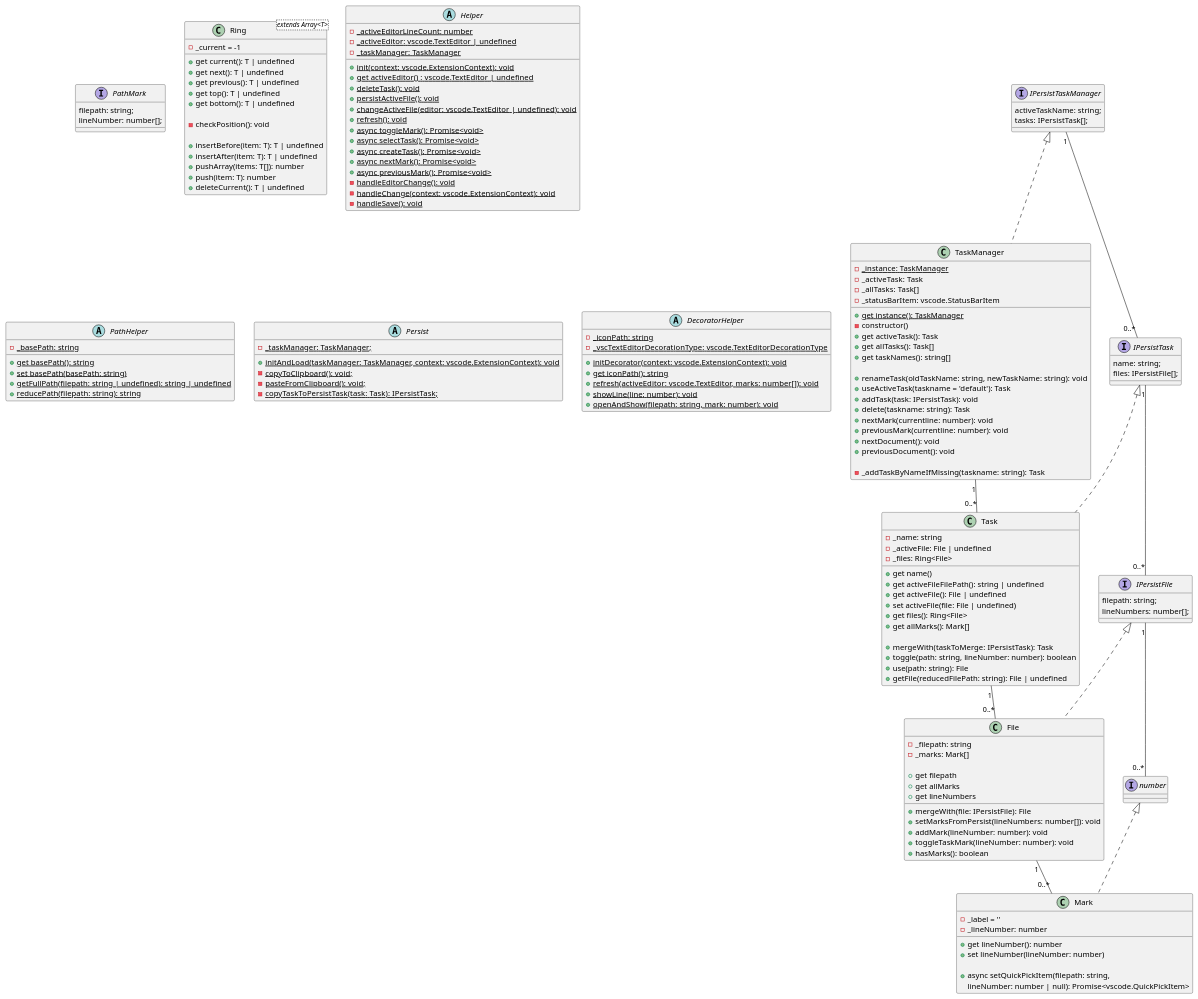
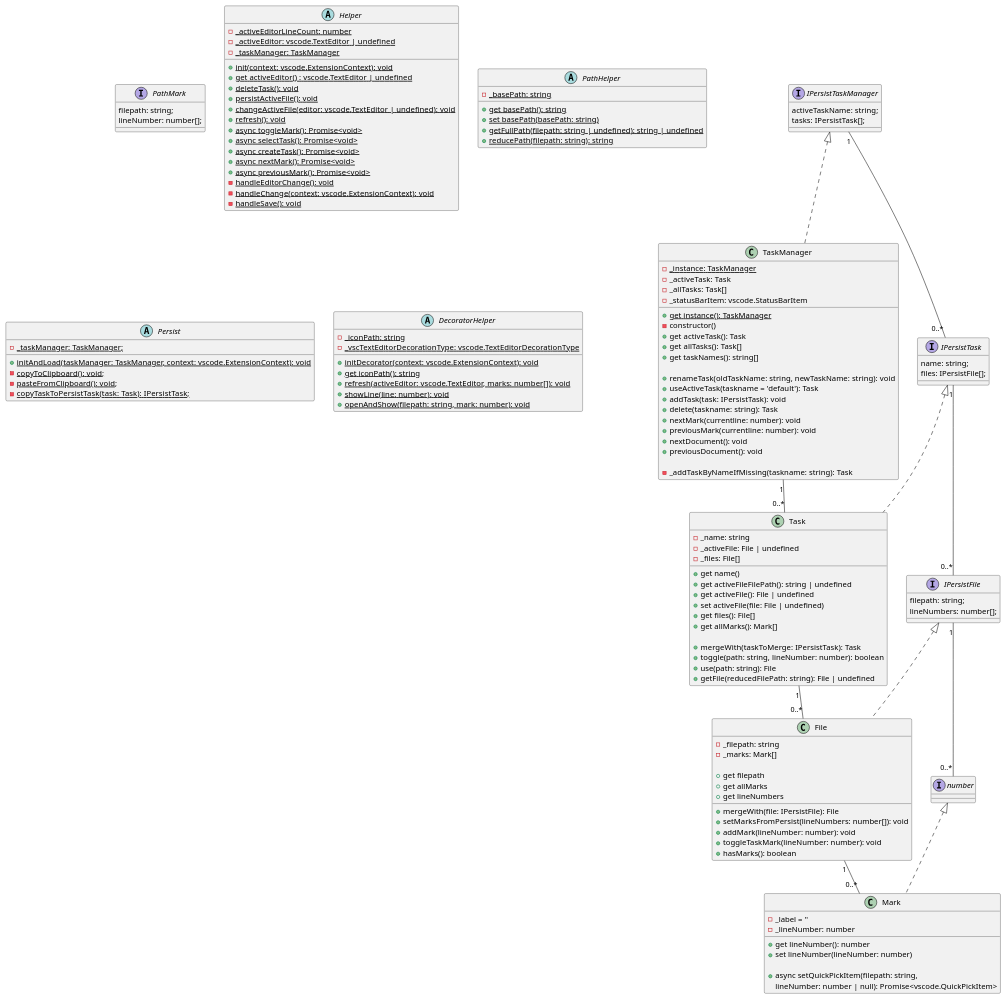
Before and after one commit to norbertK/taskmarks: the diagram in docu/inMemory.puml, drawn with PlantUML. The commit also changed 12 other files, not shown here.

```diff
--- a/docu/inMemory.puml
+++ b/docu/inMemory.puml
@@ -2,174 +2,154 @@
 @startuml
 
 class TaskManager {
     -{static}_instance: TaskManager
     +{static}get instance(): TaskManager
     -constructor()
     -_activeTask: Task
     -_allTasks: Task[]
     -_statusBarItem: vscode.StatusBarItem
 
     +get activeTask(): Task
     +get allTasks(): Task[]
     +get taskNames(): string[]
 
     +renameTask(oldTaskName: string, newTaskName: string): void 
     +useActiveTask(taskname = 'default'): Task
     +addTask(task: IPersistTask): void
     +delete(taskname: string): Task
     +nextMark(currentline: number): void
     +previousMark(currentline: number): void
     +nextDocument(): void
     +previousDocument(): void
 
     -_addTaskByNameIfMissing(taskname: string): Task
 }
 
 class Task {
  -_name: string
  -_activeFile: File | undefined
- -_files: Ring<File>
+ -_files: File[]
 
  +get name()
  +get activeFileFilePath(): string | undefined
  +get activeFile(): File | undefined
  +set activeFile(file: File | undefined)
- +get files(): Ring<File>
+ +get files(): File[]
  +get allMarks(): Mark[] 
 
  +mergeWith(taskToMerge: IPersistTask): Task
  +toggle(path: string, lineNumber: number): boolean
  +use(path: string): File
  +getFile(reducedFilePath: string): File | undefined
 }
 
 class File {
  -_filepath: string
  -_marks: Mark[]
 
  +get filepath
  +get allMarks
  +get lineNumbers
 
  +mergeWith(file: IPersistFile): File
  +setMarksFromPersist(lineNumbers: number[]): void
  +addMark(lineNumber: number): void
  +toggleTaskMark(lineNumber: number): void
  +hasMarks(): boolean
 }
 
 class Mark {
  -_label = ''
  -_lineNumber: number
 
  +get lineNumber(): number
  +set lineNumber(lineNumber: number)
 
  +async setQuickPickItem(filepath: string,
     lineNumber: number | null): Promise<vscode.QuickPickItem>
 }
 
 TaskManager "1" -- "0..*" Task
 Task "1" -- "0..*" File
 File "1" -- "0..*" Mark
 
 
 interface IPersistTaskManager {
   activeTaskName: string;
   tasks: IPersistTask[];
 }
 
 interface IPersistTask {
   name: string;
   files: IPersistFile[];
 }
 
 interface IPersistFile {
   filepath: string;
   lineNumbers: number[];
 }
 interface number {
 }
 
 interface PathMark {
   filepath: string;
   lineNumber: number[];
 }
 
 IPersistTaskManager "1" -- "0..*" IPersistTask
 IPersistTask "1" -- "0..*" IPersistFile
 IPersistFile "1" -- "0..*" number
 
 
 IPersistTaskManager <|.. TaskManager
 IPersistTask <|.. Task
 IPersistFile <|.. File
 number <|.. Mark
 
-class Ring<extends Array<T>> {
-    -_current = -1
-
-    +get current(): T | undefined
-    +get next(): T | undefined
-    +get previous(): T | undefined
-    +get top(): T | undefined
-    +get bottom(): T | undefined
-    
-    -checkPosition(): void
-
-    +insertBefore(item: T): T | undefined
-    +insertAfter(item: T): T | undefined
-    +pushArray(items: T[]): number
-    +push(item: T): number
-    +deleteCurrent(): T | undefined
-
-
-}
-
 abstract class Helper{
     -{static}_activeEditorLineCount: number
     -{static}_activeEditor: vscode.TextEditor | undefined
     -{static}_taskManager: TaskManager
     +{static}init(context: vscode.ExtensionContext): void
     +{static}get activeEditor() : vscode.TextEditor | undefined
     +{static}deleteTask(): void
     +{static}persistActiveFile(): void
     +{static}changeActiveFile(editor: vscode.TextEditor | undefined): void
     +{static}refresh(): void
     +{static}async toggleMark(): Promise<void>
     +{static}async selectTask(): Promise<void>
     +{static}async createTask(): Promise<void>
     +{static}async nextMark(): Promise<void>
     +{static}async previousMark(): Promise<void>
     -{static}handleEditorChange(): void
     -{static}handleChange(context: vscode.ExtensionContext): void
     -{static}handleSave(): void
 }
 
 abstract class PathHelper{
     -{static}_basePath: string
     +{static}get basePath(): string
     +{static}set basePath(basePath: string)
     +{static}getFullPath(filepath: string | undefined): string | undefined
     +{static}reducePath(filepath: string): string
 }
 
 abstract class Persist{
     -{static}_taskManager: TaskManager;
     +{static}initAndLoad(taskManager: TaskManager, context: vscode.ExtensionContext): void
     -{static}copyToClipboard(): void;
     -{static}pasteFromClipboard(): void;
     -{static}copyTaskToPersistTask(task: Task): IPersistTask;
 }
 
 abstract class DecoratorHelper{
     -{static}_iconPath: string
     -{static}_vscTextEditorDecorationType: vscode.TextEditorDecorationType
     +{static}initDecorator(context: vscode.ExtensionContext): void
     +{static}get iconPath(): string
     +{static}refresh(activeEditor: vscode.TextEditor, marks: number[]): void
     +{static}showLine(line: number): void
     +{static}openAndShow(filepath: string, mark: number): void
 }
 
 @enduml
```
